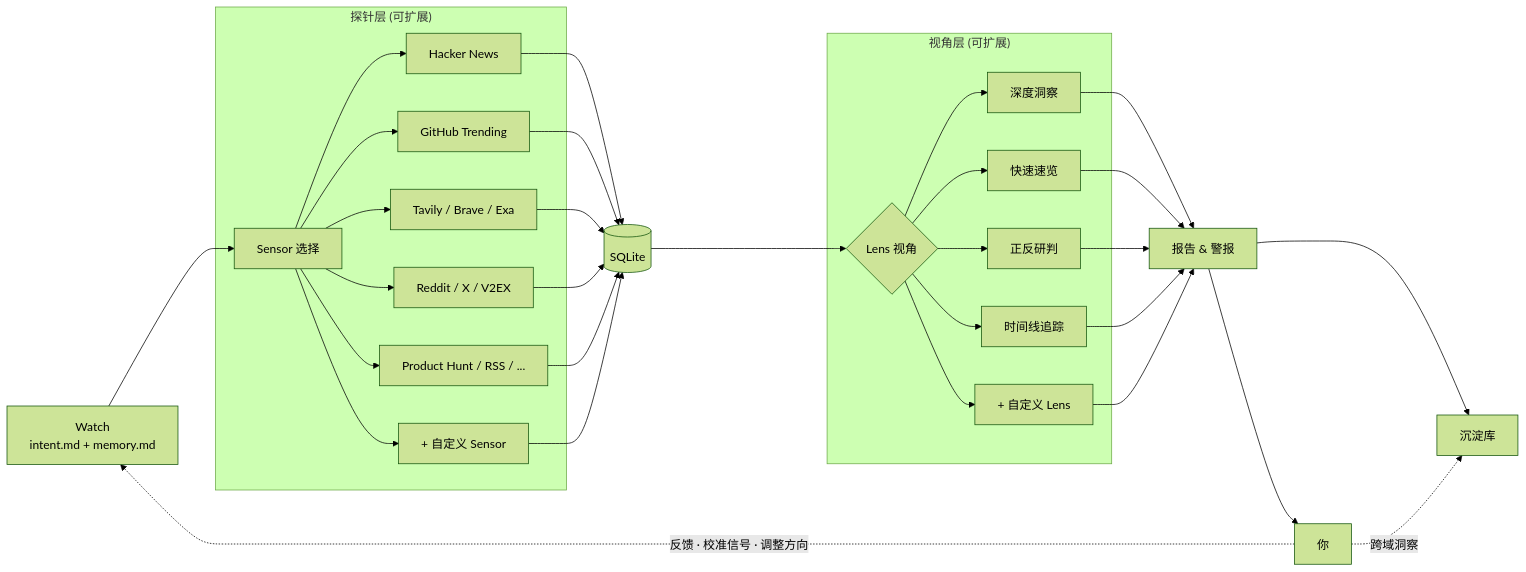
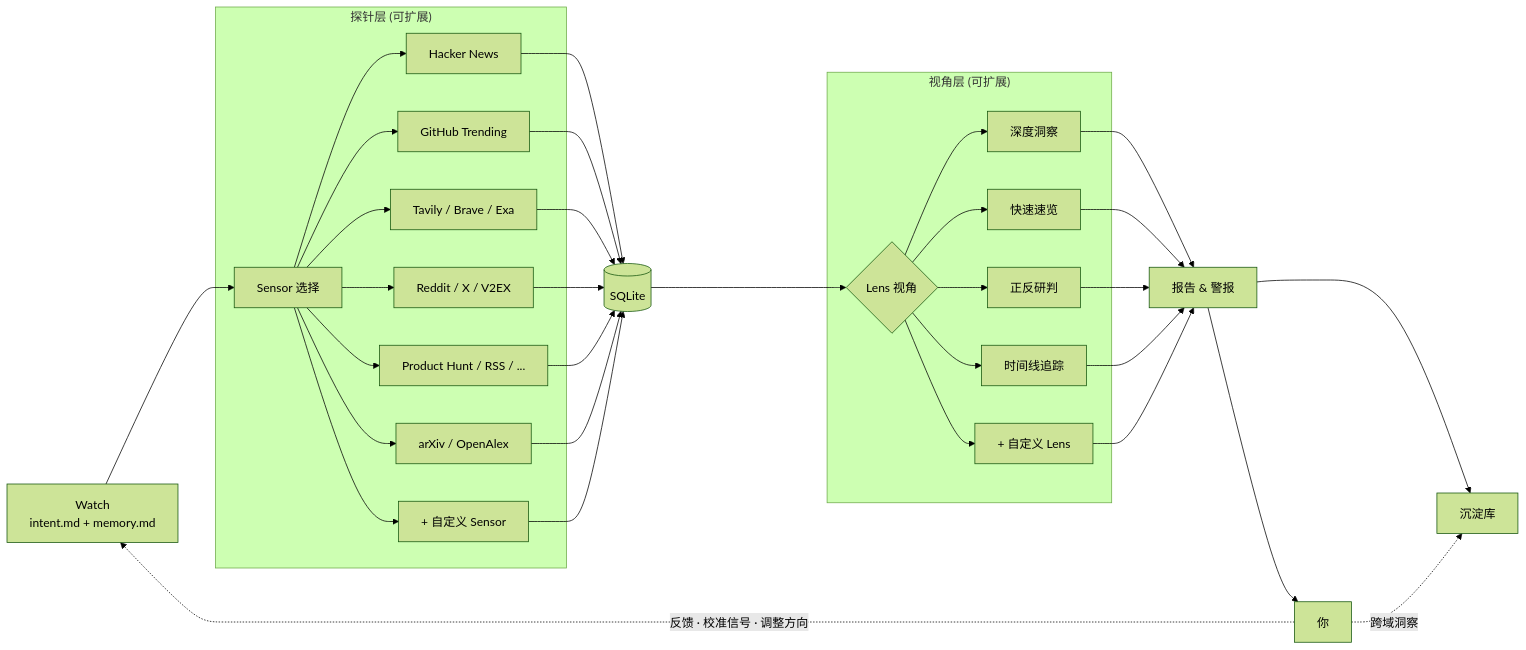
The diagram in README.zh-CN.md (nwnwnw413/Signex), drawn with Mermaid (forest theme) before and after one commit. The commit also changed other lines of this file and 9 other files, not shown here.

````diff
--- a/README.zh-CN.md
+++ b/README.zh-CN.md
@@ -52,31 +52,32 @@
 ```mermaid
 flowchart LR
     W[Watch\nintent.md + memory.md] --> S
 
     subgraph Sensors ["探针层 (可扩展)"]
         S[Sensor 选择] --> S1[Hacker News]
         S --> S2[GitHub Trending]
         S --> S3[Tavily / Brave / Exa]
         S --> S4[Reddit / X / V2EX]
         S --> S5[Product Hunt / RSS / ...]
-        S --> S6[+ 自定义 Sensor]
+        S --> S6[arXiv / OpenAlex]
+        S --> S7[+ 自定义 Sensor]
     end
 
-    S1 & S2 & S3 & S4 & S5 & S6 --> DB[(SQLite)]
+    S1 & S2 & S3 & S4 & S5 & S6 & S7 --> DB[(SQLite)]
 
     DB --> L{Lens 视角}
 
     subgraph Lenses ["视角层 (可扩展)"]
         L --> L1[深度洞察]
         L --> L2[快速速览]
         L --> L3[正反研判]
         L --> L4[时间线追踪]
         L --> L5[+ 自定义 Lens]
     end
 
     L1 & L2 & L3 & L4 & L5 --> R[报告 & 警报]
     R --> V[沉淀库]
     R --> U[你]
     U -. "反馈 · 校准信号 · 调整方向" .-> W
     U -. "跨域洞察" .-> V
 ```
````
